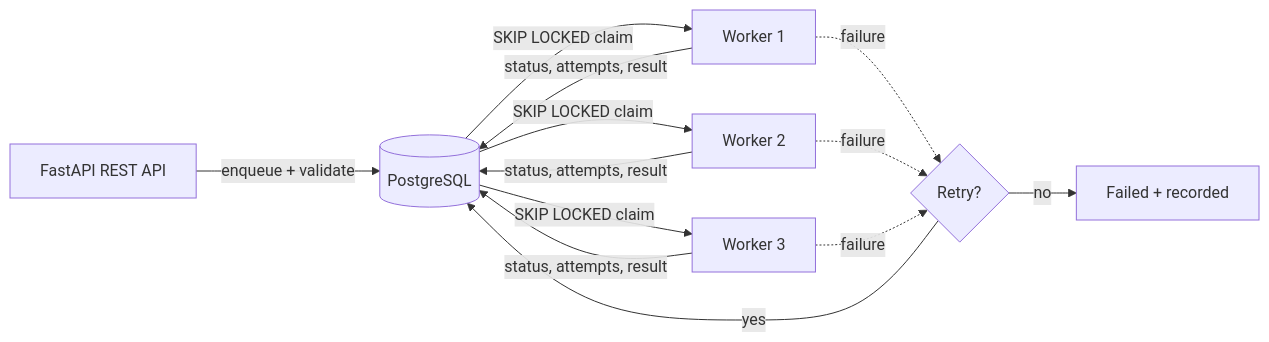
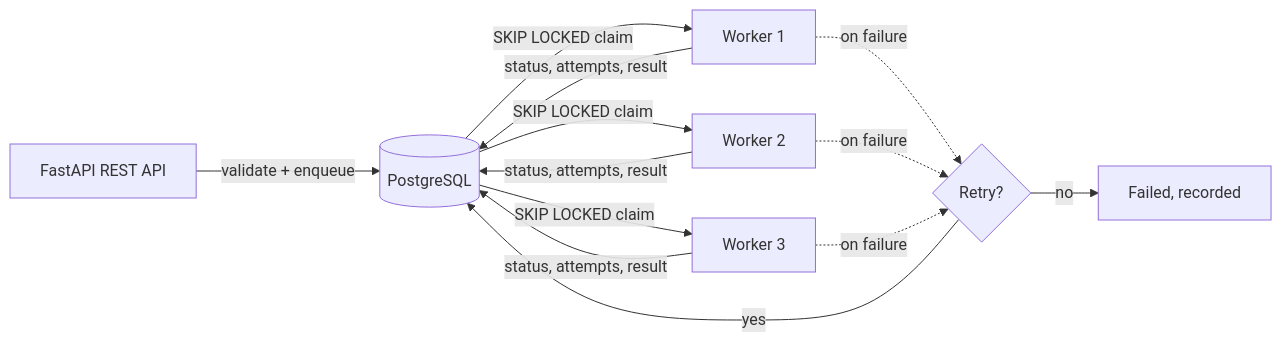
The fourth of 5 diagrams in README.md (Raju-CS8/Raju-CS8), drawn with Mermaid before and after one commit. The commit also changed other lines of this file, not shown here.

````diff
--- a/README.md
+++ b/README.md
@@ -148,11 +225,11 @@
 ```mermaid
 flowchart LR
-    API[FastAPI REST API] -->|enqueue + validate| DB[(PostgreSQL)]
+    API[FastAPI REST API] -->|validate + enqueue| DB[(PostgreSQL)]
     DB -->|SKIP LOCKED claim| W1[Worker 1]
     DB -->|SKIP LOCKED claim| W2[Worker 2]
     DB -->|SKIP LOCKED claim| W3[Worker 3]
     W1 & W2 & W3 -->|status, attempts, result| DB
-    W1 & W2 & W3 -.->|failure| R{Retry?}
+    W1 & W2 & W3 -.->|on failure| R{Retry?}
     R -->|yes| DB
-    R -->|no| F[Failed + recorded]
+    R -->|no| F[Failed, recorded]
 ```
````
